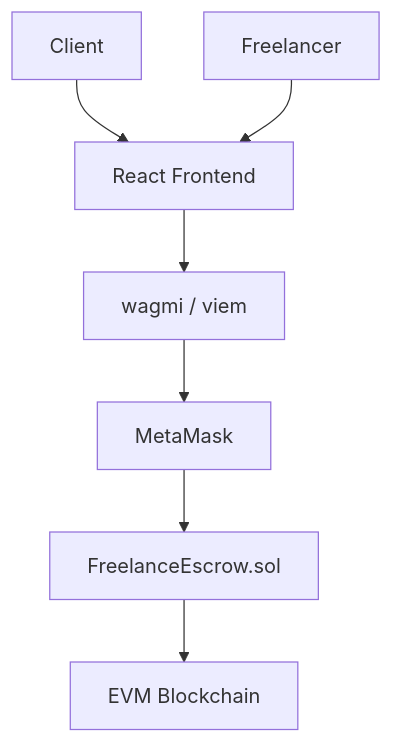
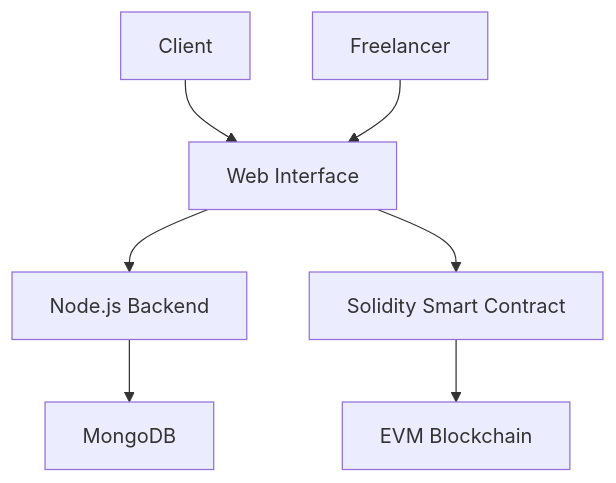
The second of 5 diagrams in README.md (rajshreesinha-23/freelance-vault), drawn with Mermaid before and after one commit. The commit also changed other lines of this file, not shown here.

````diff
--- a/README.md
+++ b/README.md
@@ -28,10 +30,11 @@
 ```mermaid
 flowchart TB
-    Client[Client] --> Frontend[React Frontend]
+    Client[Client] --> Frontend[Web Interface]
     Freelancer[Freelancer] --> Frontend
 
-    Frontend --> Web3[wagmi / viem]
-    Web3 --> Wallet[MetaMask]
-    Wallet --> Contract[FreelanceEscrow.sol]
+    Frontend --> Backend[Node.js Backend]
+    Frontend --> Contract[Solidity Smart Contract]
+
     Contract --> Blockchain[EVM Blockchain]
+    Backend --> Database[MongoDB]
 ```
````
